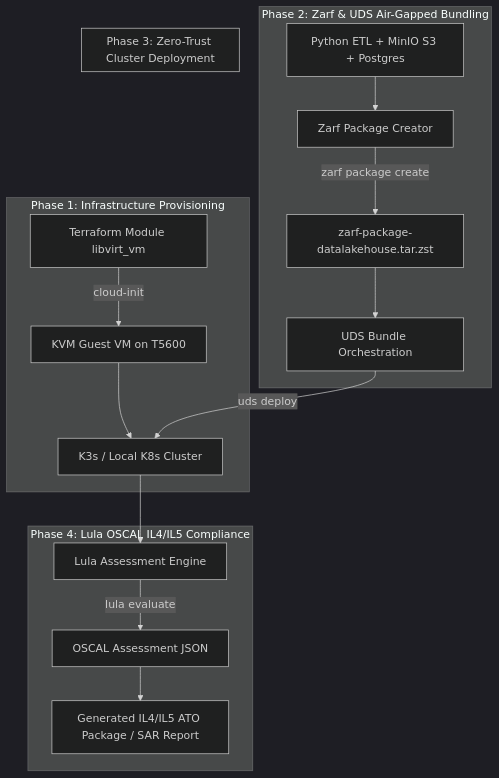
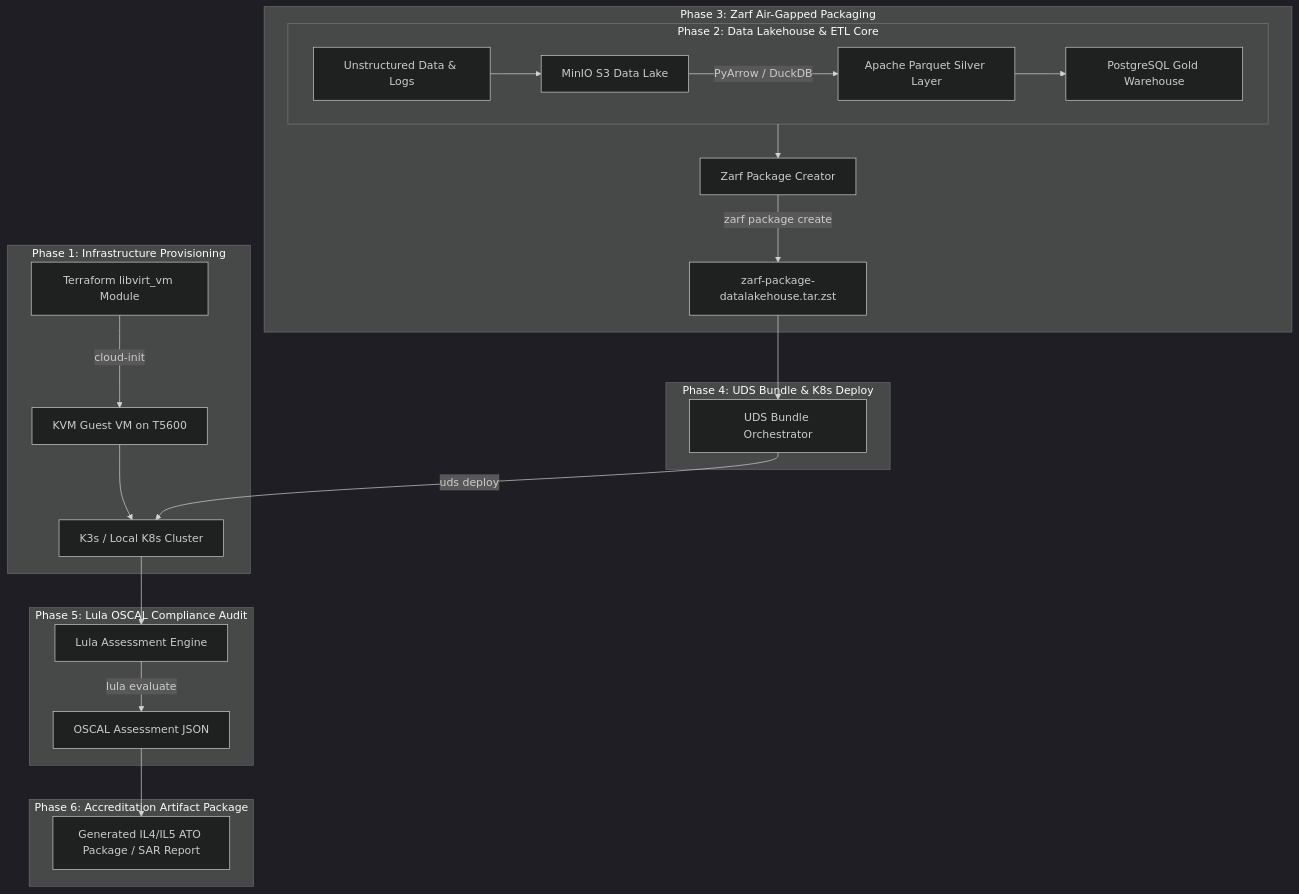
The diagram in README.md (celttechie/zarf-uds-lula-datalakehouse), drawn with Mermaid (dark theme) before and after one commit. The commit also changed 1 other file, not shown here.

Commit message:
docs: update Mermaid architecture diagram to show all 6 phases explicitly

````diff
--- a/README.md
+++ b/README.md
@@ -11,23 +11,32 @@
 ```mermaid
 flowchart TD
-    subgraph Provisioning ["Phase 1: Infrastructure Provisioning"]
-        TF[Terraform Module libvirt_vm] -->|cloud-init| VM[KVM Guest VM on T5600]
+    subgraph P1 ["Phase 1: Infrastructure Provisioning"]
+        TF[Terraform libvirt_vm Module] -->|cloud-init| VM[KVM Guest VM on T5600]
         VM --> K3S[K3s / Local K8s Cluster]
     end
 
-    subgraph Packaging ["Phase 2: Zarf & UDS Air-Gapped Bundling"]
-        APP[Python ETL + MinIO S3 + Postgres] --> ZARF[Zarf Package Creator]
-        ZARF -->|zarf package create| TAR[zarf-package-datalakehouse.tar.zst]
-        TAR --> UDS[UDS Bundle Orchestration]
+    subgraph P2 ["Phase 2: Data Lakehouse & ETL Core"]
+        RAW[Unstructured Data & Logs] --> MINIO[MinIO S3 Data Lake]
+        MINIO -->|PyArrow / DuckDB| PARQUET[Apache Parquet Silver Layer]
+        PARQUET --> PG[PostgreSQL Gold Warehouse]
     end
 
-    subgraph Deployment ["Phase 3: Zero-Trust Cluster Deployment"]
+    subgraph P3 ["Phase 3: Zarf Air-Gapped Packaging"]
+        P2 --> ZARF[Zarf Package Creator]
+        ZARF -->|zarf package create| TAR[zarf-package-datalakehouse.tar.zst]
+    end
+
+    subgraph P4 ["Phase 4: UDS Bundle & K8s Deploy"]
+        TAR --> UDS[UDS Bundle Orchestrator]
         UDS -->|uds deploy| K3S
     end
 
-    subgraph Accreditation ["Phase 4: Lula OSCAL IL4/IL5 Compliance"]
+    subgraph P5 ["Phase 5: Lula OSCAL Compliance Audit"]
         K3S --> LULA[Lula Assessment Engine]
         LULA -->|lula evaluate| OSCAL[OSCAL Assessment JSON]
+    end
+
+    subgraph P6 ["Phase 6: Accreditation Artifact Package"]
         OSCAL --> REPORT[Generated IL4/IL5 ATO Package / SAR Report]
     end
 ```
````
